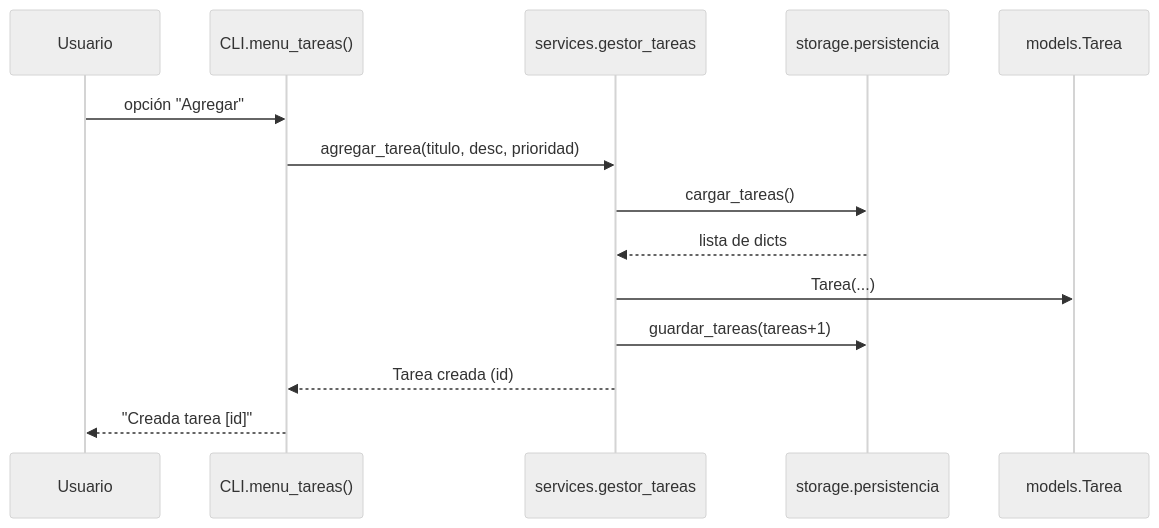
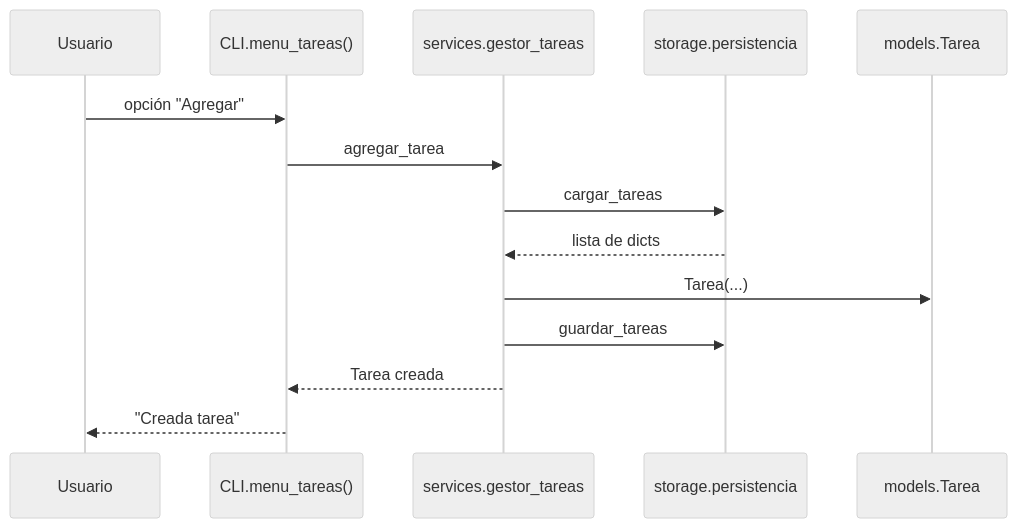
Before and after one commit to mduartel1/PRACTICA_TPA: the third of 4 diagrams in README.md, drawn with Mermaid (neutral theme). The commit also changed other lines of this file, not shown here.

Commit message:
PRAC4: Actualiza README final completo con diagramas y documentación

````diff
--- a/README.md
+++ b/README.md
@@ -171,17 +196,17 @@
 ```mermaid
 sequenceDiagram
     participant U as Usuario
     participant CLI as CLI.menu_tareas()
     participant S as services.gestor_tareas
     participant P as storage.persistencia
     participant M as models.Tarea
 
     U->>CLI: opción "Agregar"
-    CLI->>S: agregar_tarea(titulo, desc, prioridad)
-    S->>P: cargar_tareas()
+    CLI->>S: agregar_tarea
+    S->>P: cargar_tareas
     P-->>S: lista de dicts
     S->>M: Tarea(...)
-    S->>P: guardar_tareas(tareas+1)
-    S-->>CLI: Tarea creada (id)
-    CLI-->>U: "Creada tarea [id]"
+    S->>P: guardar_tareas
+    S-->>CLI: Tarea creada
+    CLI-->>U: "Creada tarea"
 ```
````
